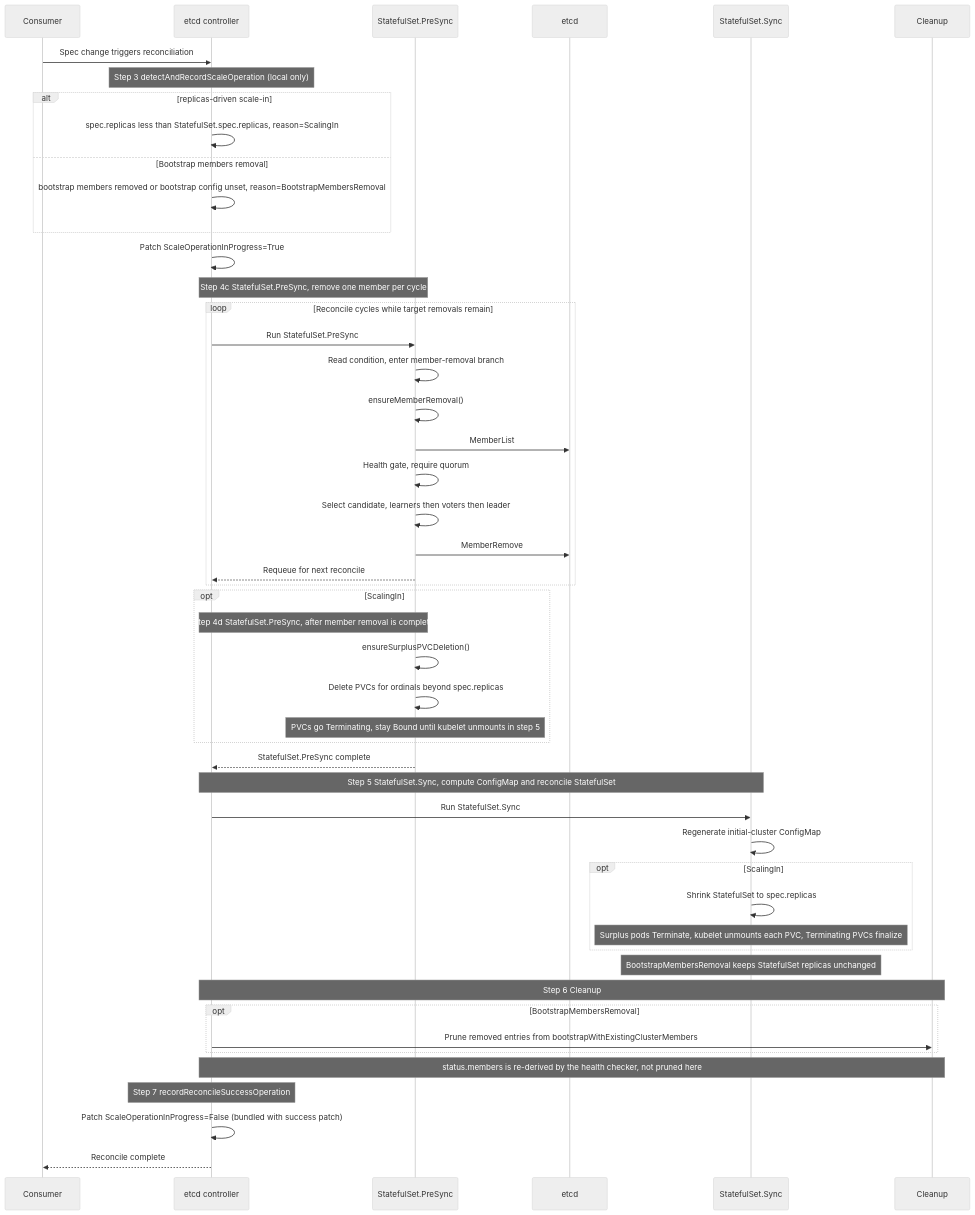
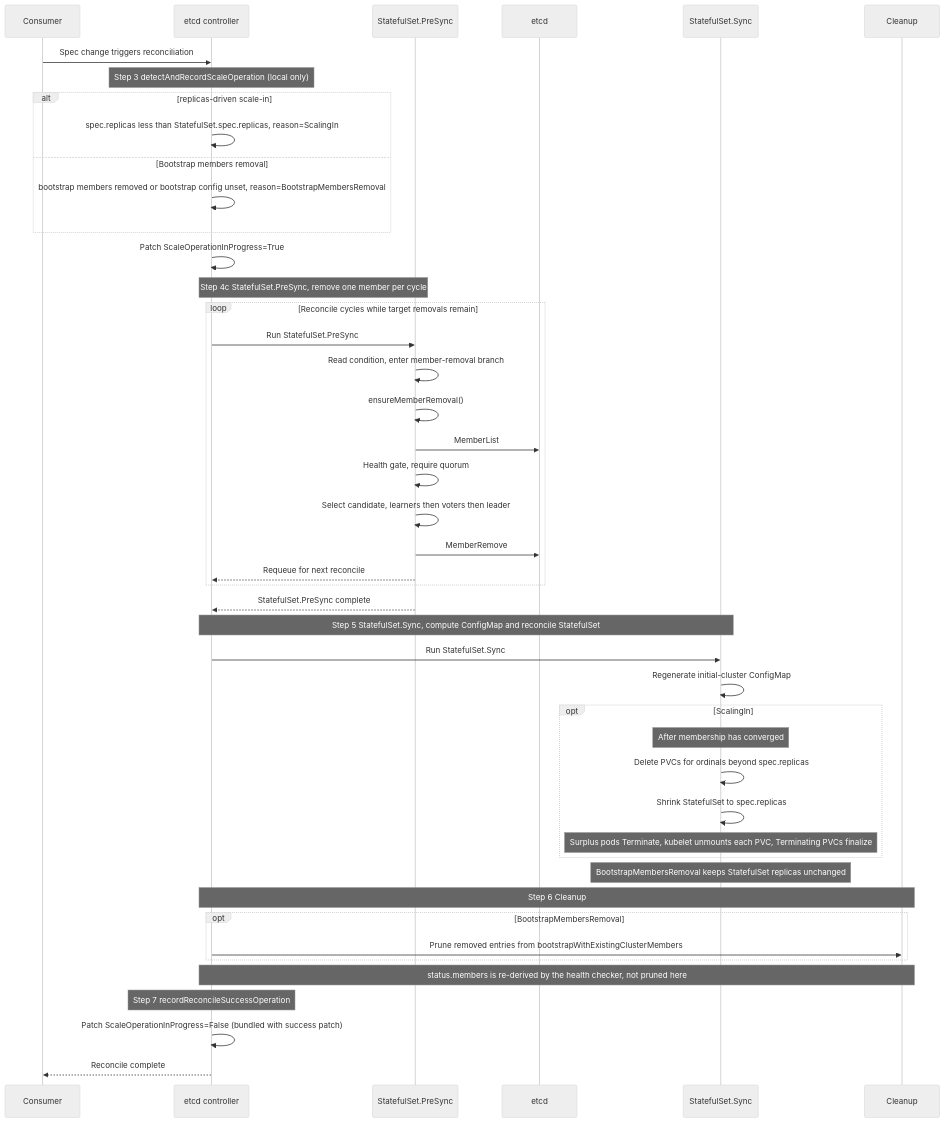
One commit to gardener/etcd-druid changed the first of 2 diagrams in docs/proposals/08-scale-in.md. Above: the diagram before and after it, drawn with Mermaid (neutral theme). The commit also changed other lines of this file, not shown here.

````diff
--- a/docs/proposals/08-scale-in.md
+++ b/docs/proposals/08-scale-in.md
@@ -186,58 +183,53 @@
 ```mermaid
 sequenceDiagram
     participant C as Consumer
     participant R as etcd controller
     participant P as StatefulSet.PreSync
     participant E as etcd
     participant S as StatefulSet.Sync
     participant K as Cleanup
 
     C->>R: Spec change triggers reconciliation
 
     Note over R: Step 3 detectAndRecordScaleOperation (local only)
     alt replicas-driven scale-in
         R->>R: spec.replicas less than StatefulSet.spec.replicas, reason=ScalingIn
     else Bootstrap members removal
         R->>R: bootstrap members removed or bootstrap config unset, reason=BootstrapMembersRemoval
     end
     R->>R: Patch ScaleOperationInProgress=True
 
     Note over R,P: Step 4c StatefulSet.PreSync, remove one member per cycle
     loop Reconcile cycles while target removals remain
         R->>P: Run StatefulSet.PreSync
         P->>P: Read condition, enter member-removal branch
         P->>P: ensureMemberRemoval()
         P->>E: MemberList
         P->>P: Health gate, require quorum
         P->>P: Select candidate, learners then voters then leader
         P->>E: MemberRemove
         P-->>R: Requeue for next reconcile
     end
-
-    opt ScalingIn
-        Note over R,P: Step 4d StatefulSet.PreSync, after member removal is complete
-        P->>P: ensureSurplusPVCDeletion()
-        P->>P: Delete PVCs for ordinals beyond spec.replicas
-        Note over P: PVCs go Terminating, stay Bound until kubelet unmounts in step 5
-    end
     P-->>R: StatefulSet.PreSync complete
 
     Note over R,S: Step 5 StatefulSet.Sync, compute ConfigMap and reconcile StatefulSet
     R->>S: Run StatefulSet.Sync
     S->>S: Regenerate initial-cluster ConfigMap
     opt ScalingIn
+        Note over S: After membership has converged
+        S->>S: Delete PVCs for ordinals beyond spec.replicas
         S->>S: Shrink StatefulSet to spec.replicas
         Note over S: Surplus pods Terminate, kubelet unmounts each PVC, Terminating PVCs finalize
     end
     Note over S: BootstrapMembersRemoval keeps StatefulSet replicas unchanged
 
     Note over R,K: Step 6 Cleanup
     opt BootstrapMembersRemoval
         R->>K: Prune removed entries from bootstrapWithExistingClusterMembers
     end
     Note over R,K: status.members is re-derived by the health checker, not pruned here
 
     Note over R: Step 7 recordReconcileSuccessOperation
     R->>R: Patch ScaleOperationInProgress=False (bundled with success patch)
     R-->>C: Reconcile complete
 ```
````
